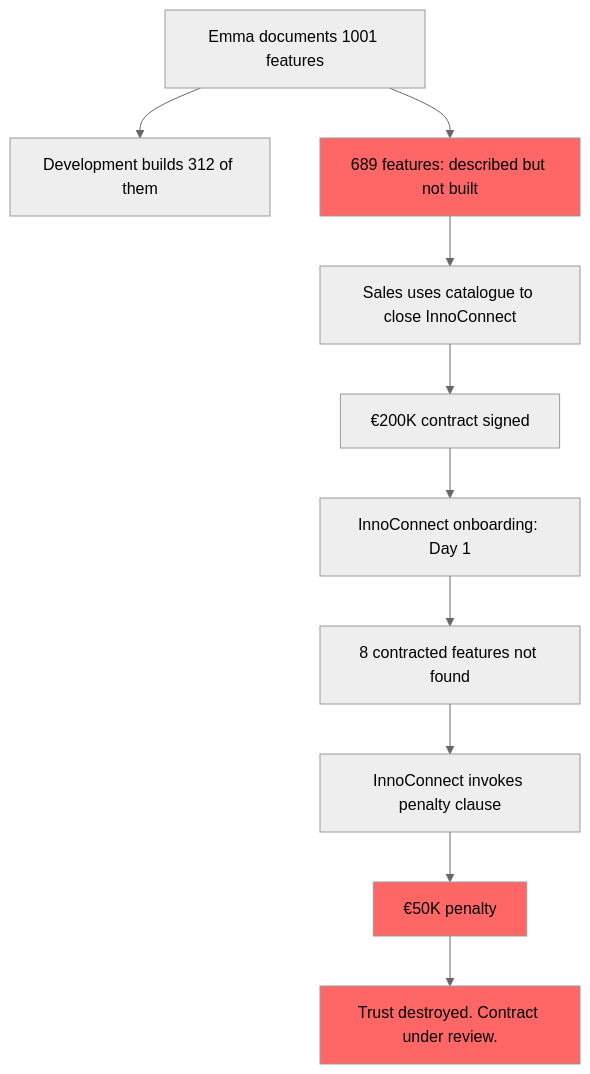
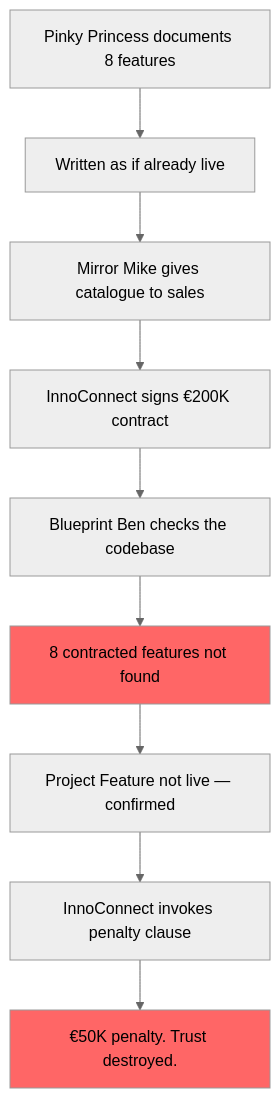
The diagram in fairy-doc-tales/04_product-queen/00_intro.md (truedoctales/truedoctales-4j), drawn with Mermaid (neutral theme) before and after one commit. The commit also changed other lines of this file and 21 other files, not shown here.

````diff
--- a/fairy-doc-tales/04_product-queen/00_intro.md
+++ b/fairy-doc-tales/04_product-queen/00_intro.md
@@ -32,15 +43,13 @@
 ```mermaid
 graph TD
-    A[Emma documents 1001 features] --> B[Development builds 312 of them]
-    A --> C[689 features: described but not built]
-    C --> D[Sales uses catalogue to close InnoConnect]
-    D --> E[€200K contract signed]
-    E --> F[InnoConnect onboarding: Day 1]
-    F --> G[8 contracted features not found]
+    A[Pinky Princess documents 8 features] --> B[Written as if already live]
+    B --> C[Mirror Mike gives catalogue to sales]
+    C --> D[InnoConnect signs €200K contract]
+    D --> E[Blueprint Ben checks the codebase]
+    E --> F[8 contracted features not found]
+    F --> G[Project Feature not live — confirmed]
     G --> H[InnoConnect invokes penalty clause]
-    H --> I[€50K penalty]
-    I --> J[Trust destroyed. Contract under review.]
-    style C fill:#f66
+    H --> I[€50K penalty. Trust destroyed.]
+    style F fill:#f66
     style I fill:#f66
-    style J fill:#f66
 ```
````
